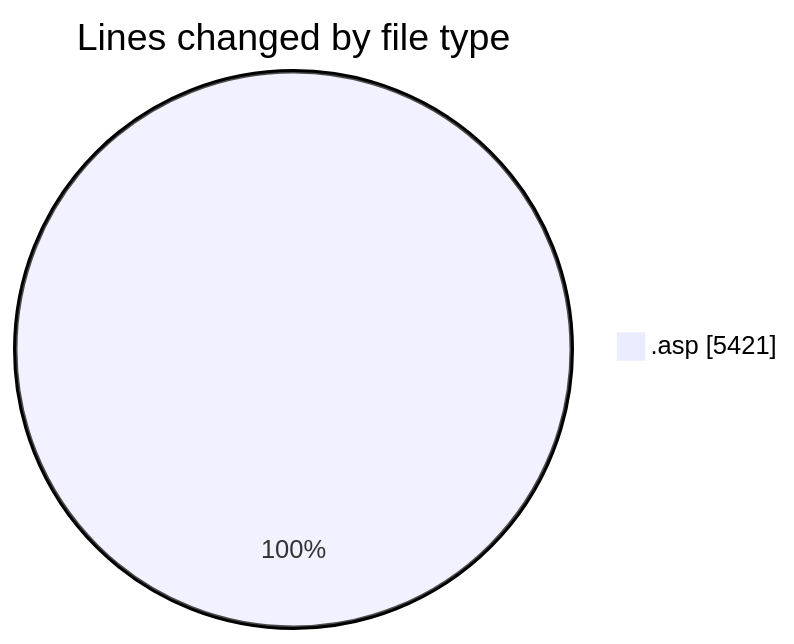
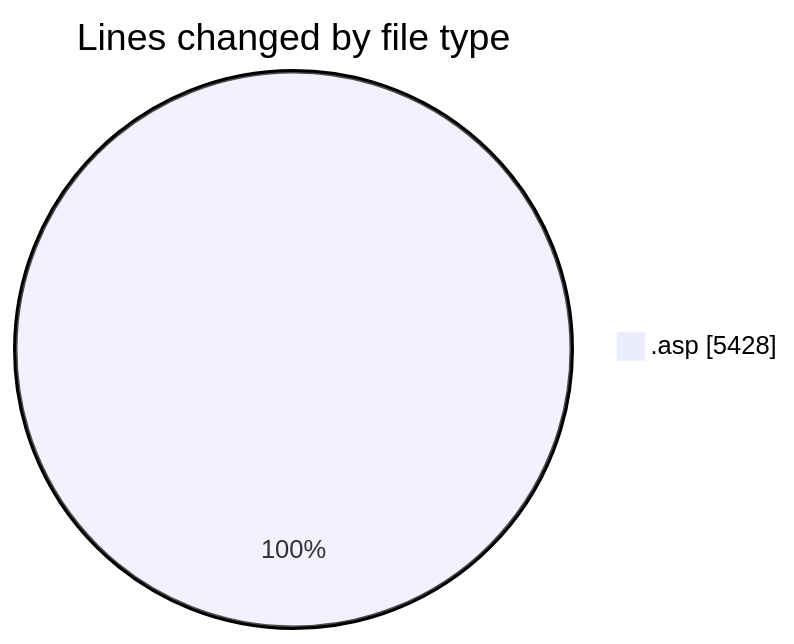
The first of 2 diagrams in 2025-11-15/cdp_aleoudev_fr__workspace_/README.md (julien-gomy/code-tracking), drawn with Mermaid before and after one commit. The commit also changed other lines of this file and 1 other file, not shown here.

````diff
--- a/2025-11-15/cdp_aleoudev_fr__workspace_/README.md
+++ b/2025-11-15/cdp_aleoudev_fr__workspace_/README.md
@@ -28,5 +28,5 @@
 ```mermaid
 pie showData
 title Lines changed by file type
-".asp" : 5421
+".asp" : 5428
 ```
````
